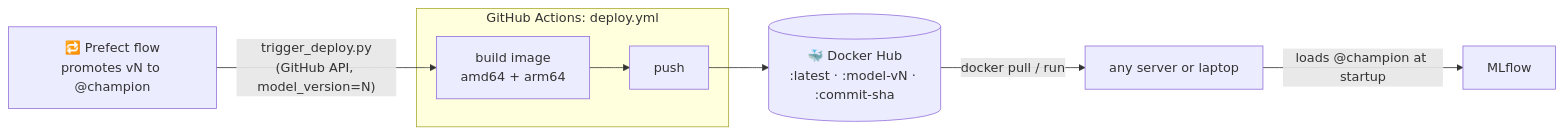
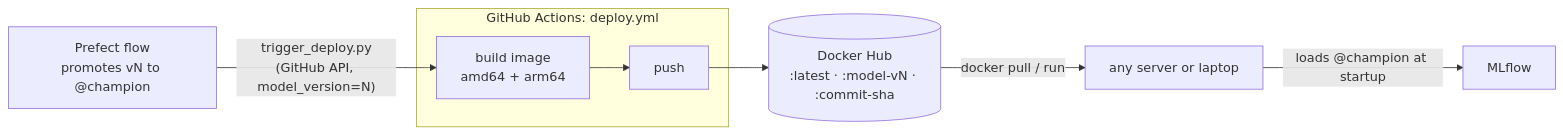
One commit to shikharkumar13/-NYC-Airbnb-Price-Prediction-MLOps changed the second of 2 diagrams in docs/guide/06_cicd.md. Above: the diagram before and after it, drawn with Mermaid. The commit also changed other lines of this file and 15 other files, not shown here.

````diff
--- a/docs/guide/06_cicd.md
+++ b/docs/guide/06_cicd.md
@@ -214,10 +218,10 @@
 ```mermaid
 flowchart LR
-    P["🔁 Prefect flow\npromotes vN to @champion"] -- "trigger_deploy.py\n(GitHub API, model_version=N)" --> D
+    P["Prefect flow\npromotes vN to @champion"] -- "trigger_deploy.py\n(GitHub API, model_version=N)" --> D
     subgraph gha ["GitHub Actions: deploy.yml"]
         D["build image\namd64 + arm64"] --> PUSH["push"]
     end
-    PUSH --> HUB[("🐳 Docker Hub\n:latest · :model-vN · :commit-sha")]
+    PUSH --> HUB[("Docker Hub\n:latest · :model-vN · :commit-sha")]
     HUB -- "docker pull / run" --> SRV["any server or laptop"]
     SRV -- "loads @champion at startup" --> MLF["MLflow"]
 ```
````
